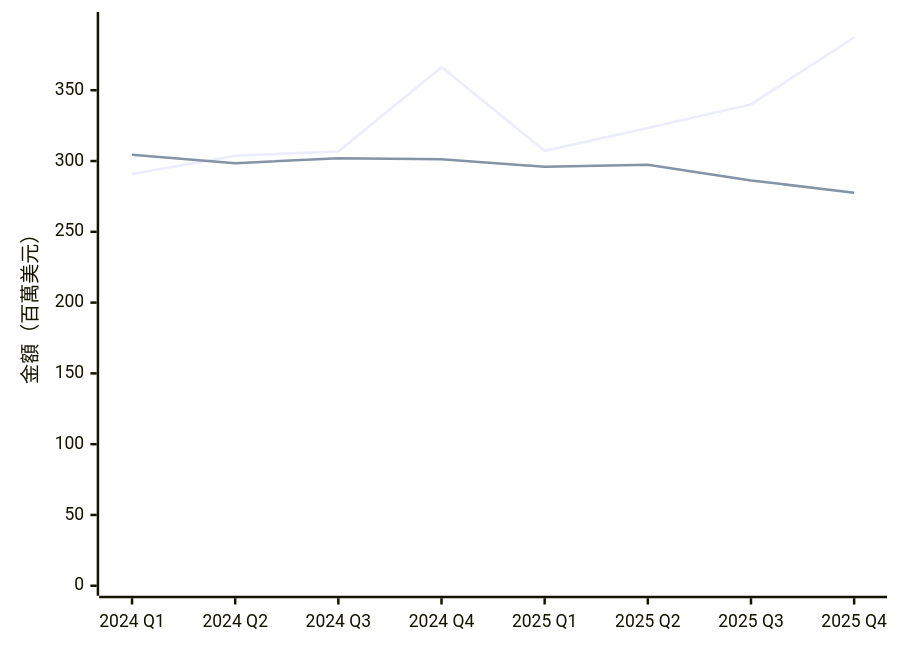
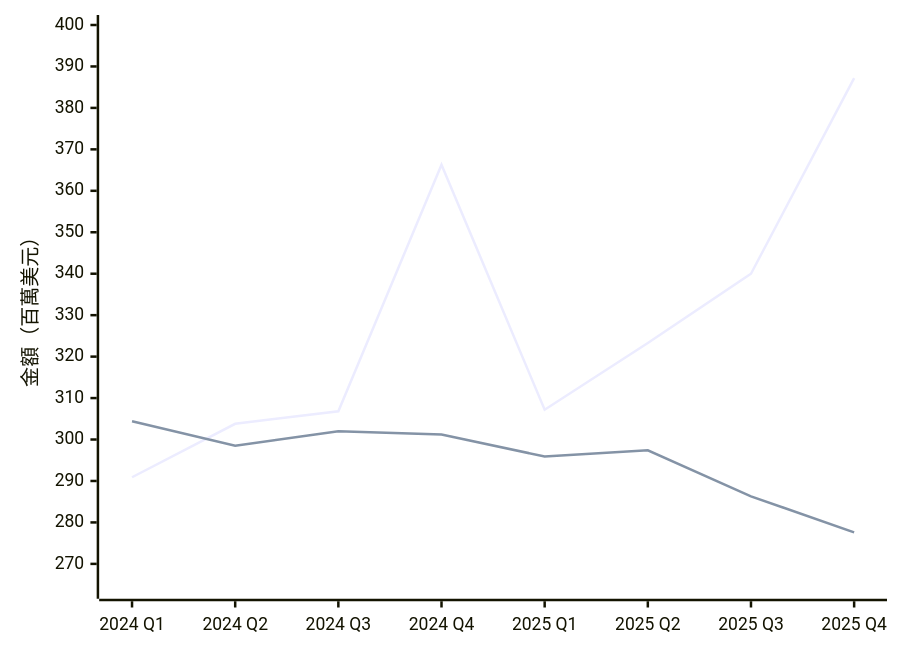
Diagram 16 of 19 in content/台灣零售與電商競爭分析.md (jyuny1/blog), drawn with Mermaid before and after one commit. The commit also changed other lines of this file, not shown here.

````diff
--- a/content/台灣零售與電商競爭分析.md
+++ b/content/台灣零售與電商競爭分析.md
@@ -210,7 +210,7 @@
 ```mermaid
 xychart-beta
     x-axis ["2024 Q1", "2024 Q2", "2024 Q3", "2024 Q4", "2025 Q1", "2025 Q2", "2025 Q3", "2025 Q4"]
-    y-axis "金額（百萬美元）" 0 --> 398.2
+    y-axis "金額（百萬美元）" 264 --> 400
     line [290.9, 303.8, 306.8, 366.3, 307.2, 323.3, 340, 387.2]
     line [304.4, 298.5, 302, 301.2, 295.9, 297.4, 286.3, 277.6]
 ```
````
